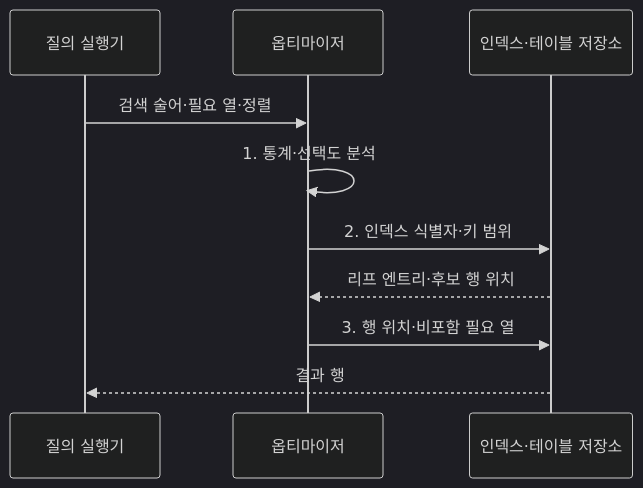
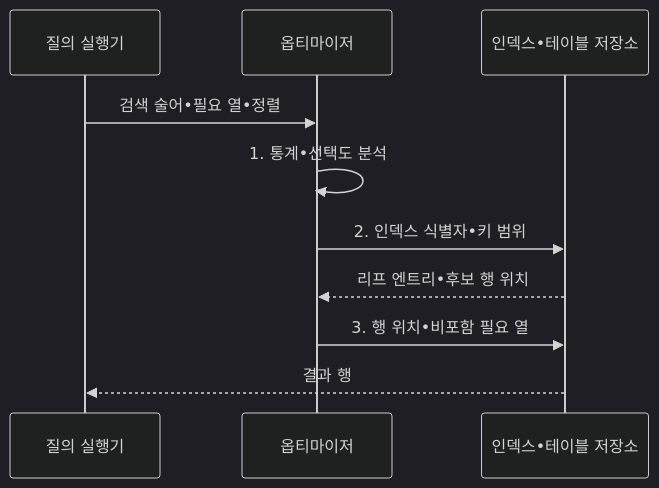
One commit to agnusdei1207/knowledge-base changed the second of 2 diagrams in src/content/docs/notes/03-software/093_index_structure.md. Above: the diagram before and after it, drawn with Mermaid (dark theme). The commit also changed other lines of this file and 953 other files, not shown here.

````diff
--- a/src/content/docs/notes/03-software/093_index_structure.md
+++ b/src/content/docs/notes/03-software/093_index_structure.md
@@ -105,12 +105,12 @@
 ```mermaid
 sequenceDiagram
     participant Q as 질의 실행기
     participant O as 옵티마이저
-    participant D as 인덱스·테이블 저장소
-    Q->>O: 검색 술어·필요 열·정렬
-    O->>O: 1. 통계·선택도 분석
-    O->>D: 2. 인덱스 식별자·키 범위
-    D-->>O: 리프 엔트리·후보 행 위치
-    O->>D: 3. 행 위치·비포함 필요 열
+    participant D as 인덱스•테이블 저장소
+    Q->>O: 검색 술어•필요 열•정렬
+    O->>O: 1. 통계•선택도 분석
+    O->>D: 2. 인덱스 식별자•키 범위
+    D-->>O: 리프 엔트리•후보 행 위치
+    O->>D: 3. 행 위치•비포함 필요 열
     D-->>Q: 결과 행
 ```
````
